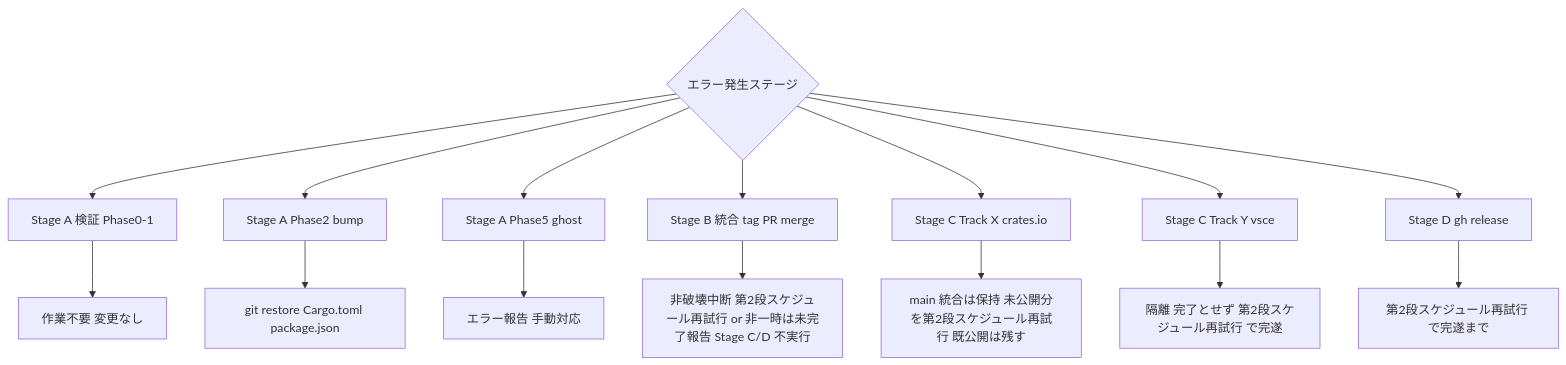
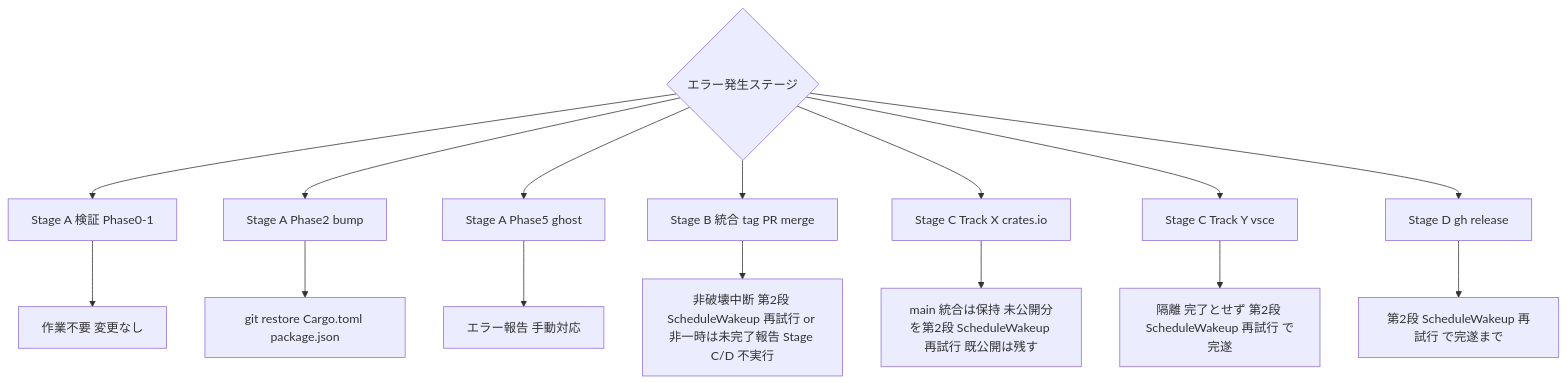
Before and after one commit to ekicyou/pasta: the third of 3 diagrams in .kiro/specs/release-workflow/design.md, drawn with Mermaid. The commit also changed other lines of this file and 2 other files, not shown here.

Commit message:
docs(release-workflow): resolve design discussion #3(re) - ScheduleWakeup-only retry (supersedes cron), session-maintained

````diff
--- a/.kiro/specs/release-workflow/design.md
+++ b/.kiro/specs/release-workflow/design.md
@@ -296,18 +300,18 @@
 ```mermaid
 flowchart TD
     A{エラー発生ステージ} --> B[Stage A 検証 Phase0-1]
     A --> C[Stage A Phase2 bump]
     A --> P5[Stage A Phase5 ghost]
     A --> INT[Stage B 統合 tag PR merge]
     A --> X[Stage C Track X crates.io]
     A --> Y[Stage C Track Y vsce]
     A --> D[Stage D gh release]
 
     B --> B1[作業不要 変更なし]
     C --> C1[git restore Cargo.toml package.json]
     P5 --> P51[エラー報告 手動対応]
-    INT --> INT1[非破壊中断 第2段スケジュール再試行 or 非一時は未完了報告 Stage C/D 不実行]
-    X --> X1[main 統合は保持 未公開分を第2段スケジュール再試行 既公開は残す]
-    Y --> Y1[隔離 完了とせず 第2段スケジュール再試行 で完遂]
-    D --> D1[第2段スケジュール再試行 で完遂まで]
+    INT --> INT1[非破壊中断 第2段 ScheduleWakeup 再試行 or 非一時は未完了報告 Stage C/D 不実行]
+    X --> X1[main 統合は保持 未公開分を第2段 ScheduleWakeup 再試行 既公開は残す]
+    Y --> Y1[隔離 完了とせず 第2段 ScheduleWakeup 再試行 で完遂]
+    D --> D1[第2段 ScheduleWakeup 再試行 で完遂まで]
 ```
````
